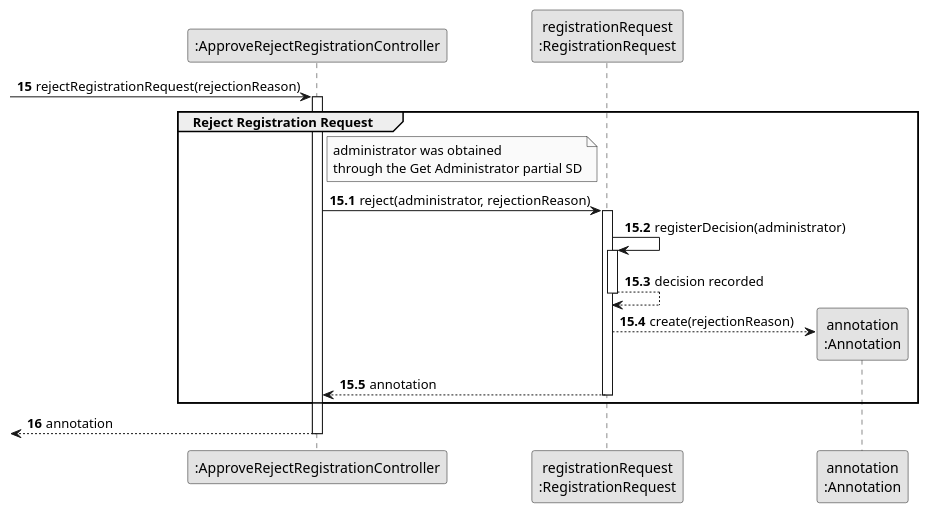
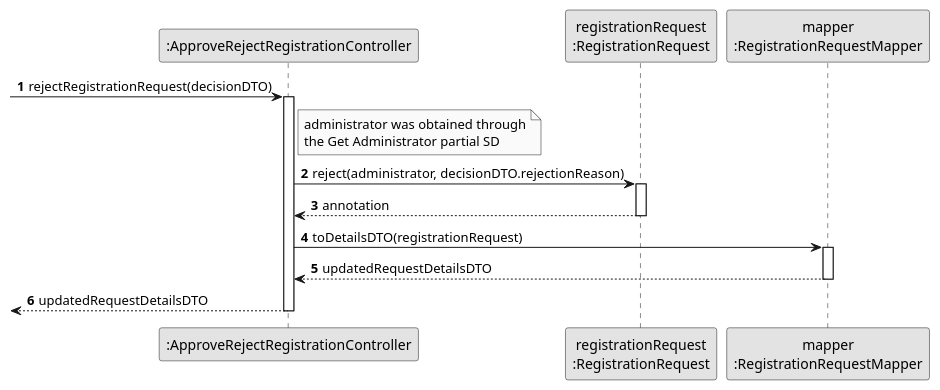
Before and after one commit to Departamento-de-Engenharia-Informatica/sem2-pi-25-26-g096-repo: the diagram in docs/system-documentation/US02/03.design/puml/US02-SD-partial-reject-registration-request.puml, drawn with PlantUML. The commit also changed 11 other files, not shown here.

Commit message:
US02 (Docs) - add Notification class and update registration process to include decision notifications with email support

```diff
--- a/docs/system-documentation/US02/03.design/puml/US02-SD-partial-reject-registration-request.puml
+++ b/docs/system-documentation/US02/03.design/puml/US02-SD-partial-reject-registration-request.puml
@@ -1,43 +1,31 @@
 @startuml
 skinparam monochrome true
 skinparam packageStyle rectangle
 skinparam shadowing false
 
 participant ":ApproveRejectRegistrationController" as CTRL
 participant "registrationRequest\n:RegistrationRequest" as REQ
-participant "annotation\n:Annotation" as ANNOTATION
+participant "mapper\n:RegistrationRequestMapper" as MAPPER
 
-autonumber 15
--> CTRL : rejectRegistrationRequest(rejectionReason)
+autonumber
+-> CTRL : rejectRegistrationRequest(decisionDTO)
+activate CTRL
+    note right of CTRL
+        administrator was obtained through
+        the Get Administrator partial SD
+    end note
 
-autonumber 15.1
-activate CTRL
+    CTRL -> REQ : reject(administrator, decisionDTO.rejectionReason)
+    activate REQ
+        REQ --> CTRL : annotation
+    deactivate REQ
 
-    group Reject Registration Request
+    CTRL -> MAPPER : toDetailsDTO(registrationRequest)
+    activate MAPPER
+        MAPPER --> CTRL : updatedRequestDetailsDTO
+    deactivate MAPPER
 
-        note right of CTRL
-            administrator was obtained
-            through the Get Administrator partial SD
-        end note
-
-        CTRL -> REQ : reject(administrator, rejectionReason)
-        activate REQ
-
-            REQ -> REQ : registerDecision(administrator)
-            activate REQ
-                REQ --> REQ : decision recorded
-            deactivate REQ
-
-            REQ --> ANNOTATION** : create(rejectionReason)
-
-            REQ --> CTRL : annotation
-        deactivate REQ
-
-    end
-
-    autonumber 16
-    <-- CTRL : annotation
-
+    <-- CTRL : updatedRequestDetailsDTO
 deactivate CTRL
 
 @enduml
```
